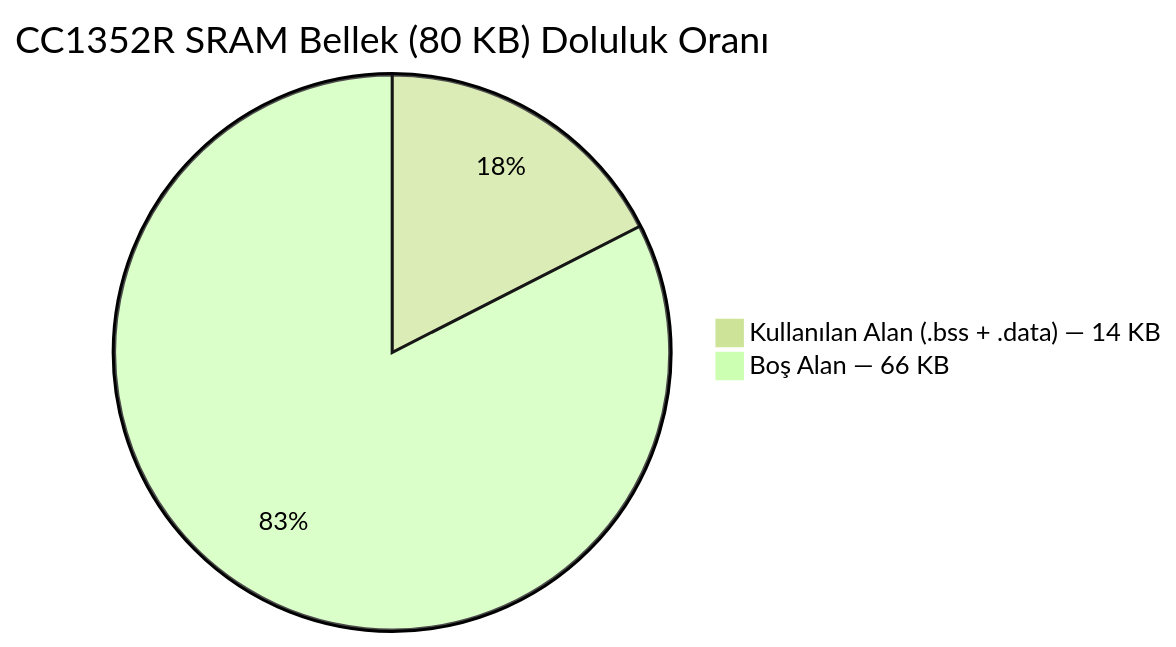
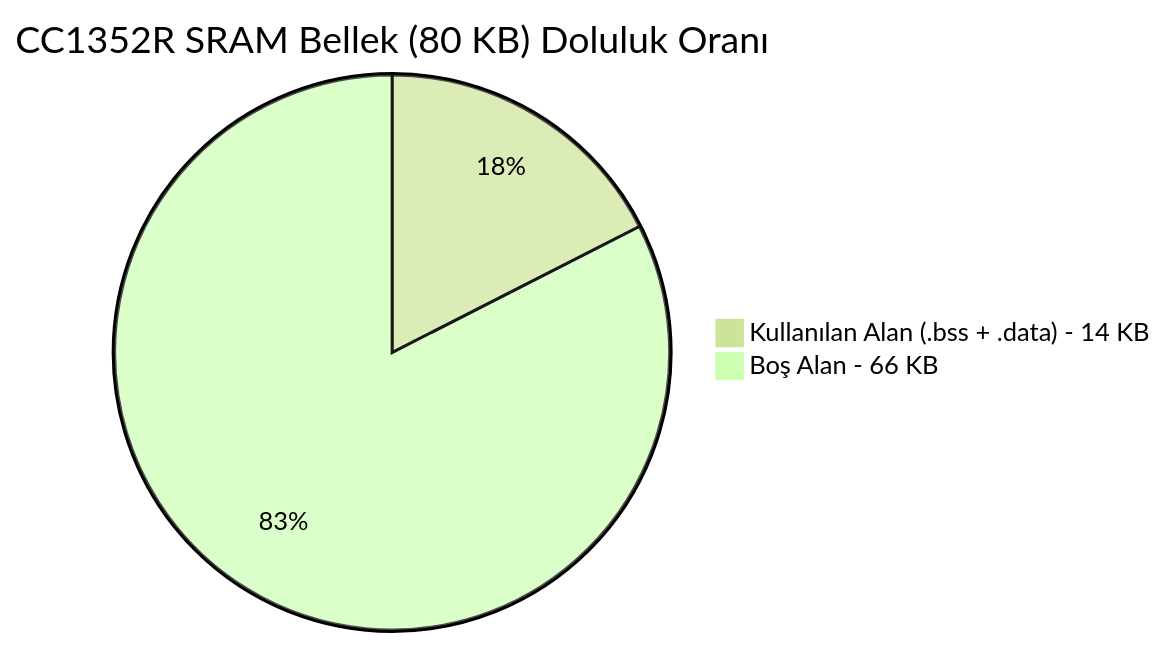
Before and after one commit to sulesahan340/ota-toolchain-anaysis: the second of 2 diagrams in README.md, drawn with Mermaid (forest theme). The commit also changed other lines of this file, not shown here.

````diff
--- a/README.md
+++ b/README.md
@@ -195,5 +195,5 @@
 ```mermaid
 pie title CC1352R SRAM Bellek (80 KB) Doluluk Oranı
-    "Kullanılan Alan (.bss + .data) — 14 KB" : 14
-    "Boş Alan — 66 KB" : 66
+    "Kullanılan Alan (.bss + .data) - 14 KB" : 14
+    "Boş Alan - 66 KB" : 66
 ```
````
